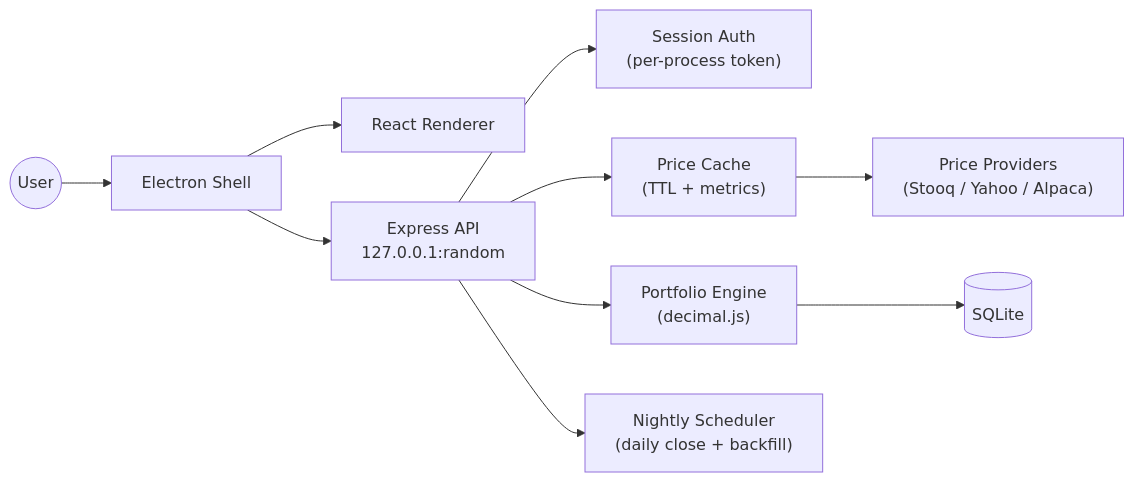
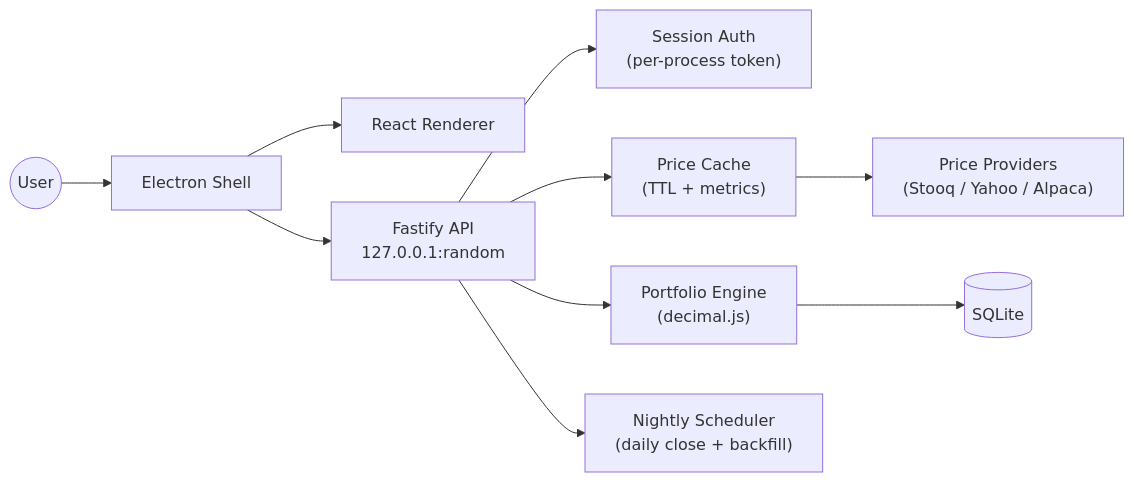
The diagram in README.md (cortega26/portfolio-manager-server), drawn with Mermaid before and after one commit. The commit also changed other lines of this file and 70 other files, not shown here.

````diff
--- a/README.md
+++ b/README.md
@@ -24,12 +24,12 @@
 ```mermaid
 flowchart LR
   user((User)) --> electron[Electron Shell]
   electron --> renderer[React Renderer]
-  electron --> express[Express API<br/>127.0.0.1:random]
+  electron --> express[Fastify API<br/>127.0.0.1:random]
   express --> session["Session Auth<br/>(per-process token)"]
   express --> cache["Price Cache<br/>(TTL + metrics)"]
   cache --> providers["Price Providers<br/>(Stooq / Yahoo / Alpaca)"]
   express --> engine["Portfolio Engine<br/>(decimal.js)"]
   engine --> sqlite[(SQLite)]
   express --> scheduler["Nightly Scheduler<br/>(daily close + backfill)"]
 ```
````
